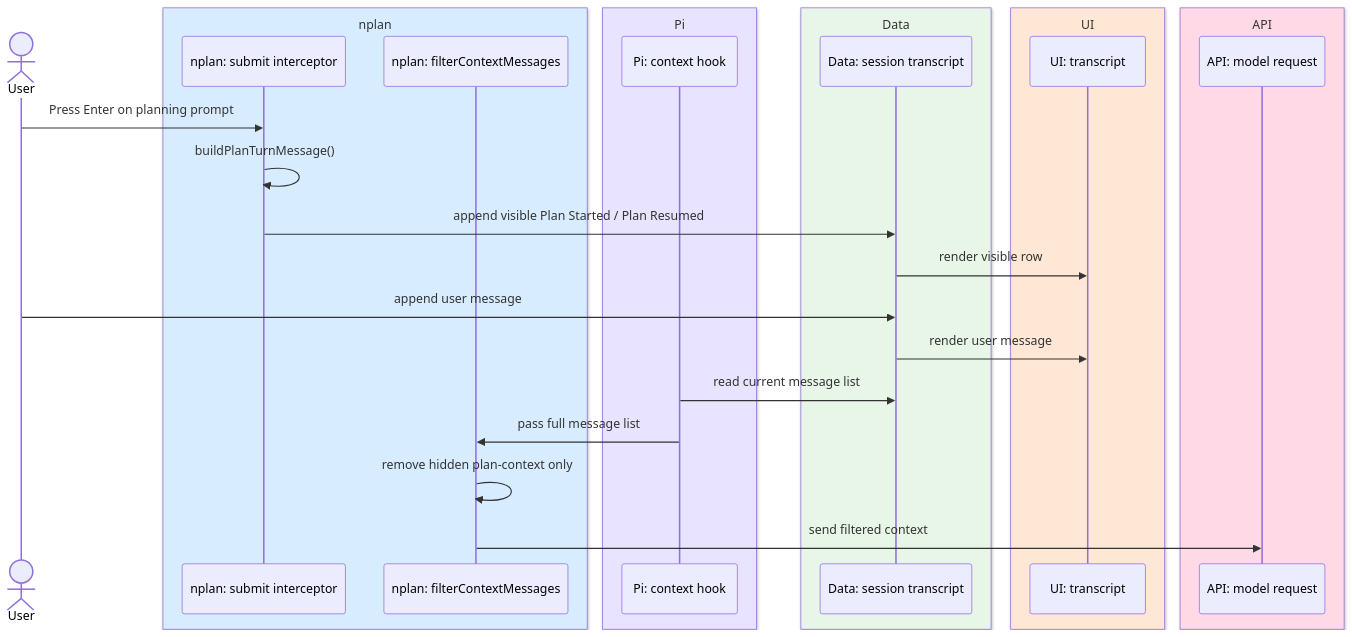
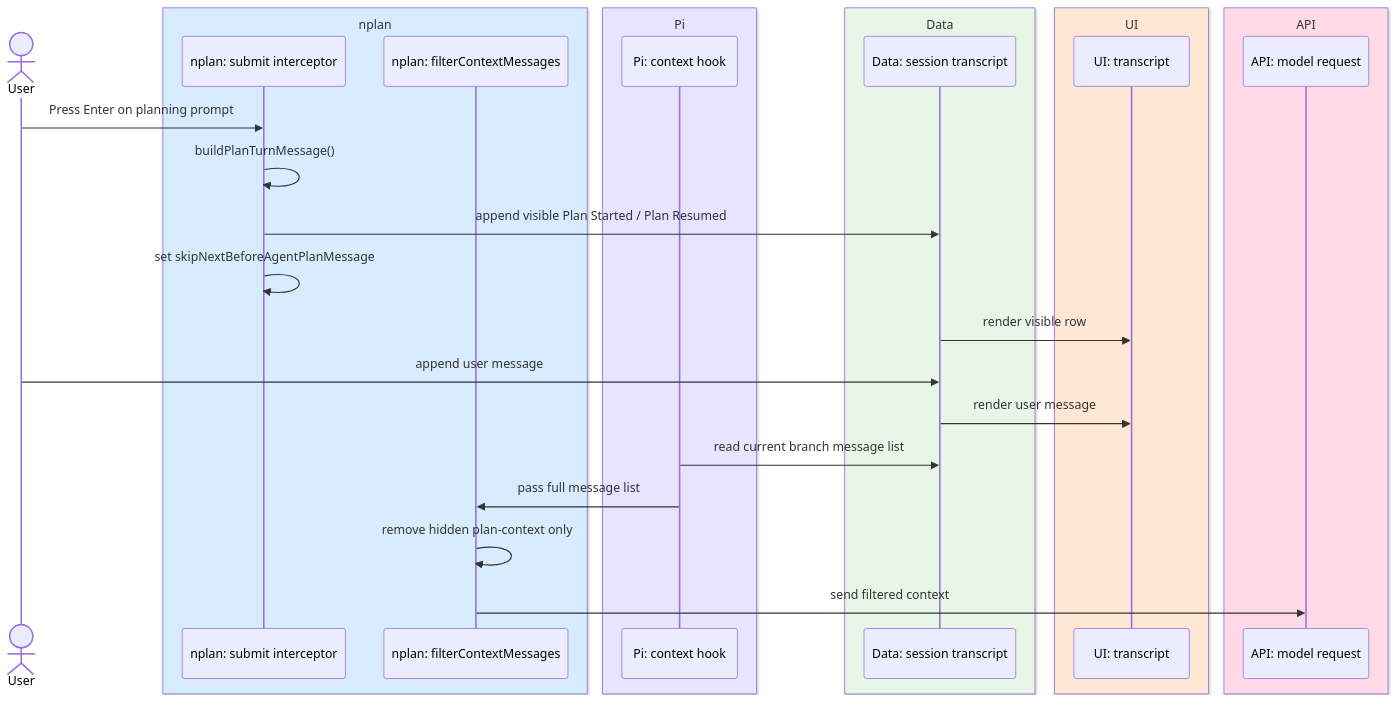
One commit to pyronaur/nplan changed the third of 6 diagrams in docs/planning-message-lifecycle.md. Above: the diagram before and after it, drawn with Mermaid. The commit also changed other lines of this file, not shown here.

````diff
--- a/docs/planning-message-lifecycle.md
+++ b/docs/planning-message-lifecycle.md
@@ -100,31 +106,32 @@
 ```mermaid
 sequenceDiagram
     actor U as User
     box rgb(216,236,255) nplan
         participant T as nplan: submit interceptor
         participant F as nplan: filterContextMessages
     end
     box rgb(232,227,255) Pi
         participant C as Pi: context hook
     end
     box rgb(232,246,232) Data
         participant S as Data: session transcript
     end
     box rgb(255,231,214) UI
         participant UI as UI: transcript
     end
     box rgb(255,217,230) API
         participant M as API: model request
     end
 
     U->>T: Press Enter on planning prompt
     T->>T: buildPlanTurnMessage()
     T->>S: append visible Plan Started / Plan Resumed
+    T->>T: set skipNextBeforeAgentPlanMessage
     S->>UI: render visible row
     U->>S: append user message
     S->>UI: render user message
-    C->>S: read current message list
+    C->>S: read current branch message list
     C->>F: pass full message list
     F->>F: remove hidden plan-context only
     F->>M: send filtered context
 ```
````
